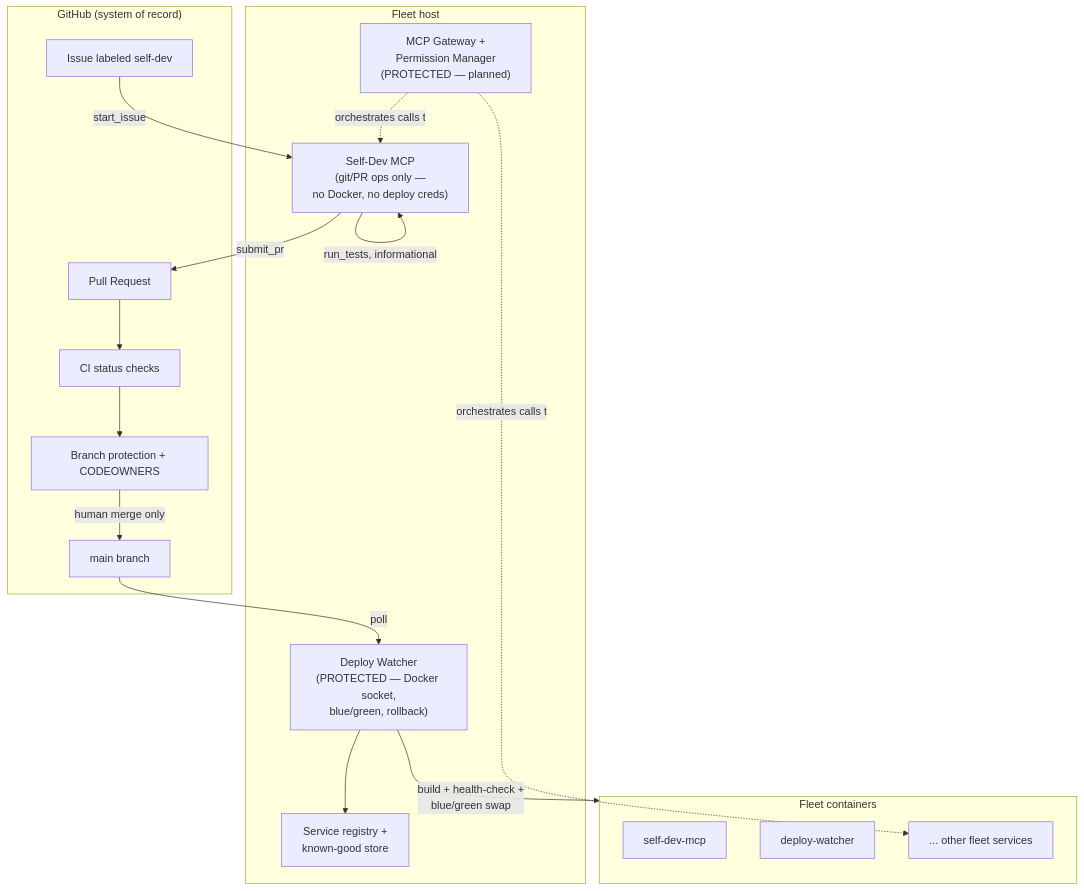
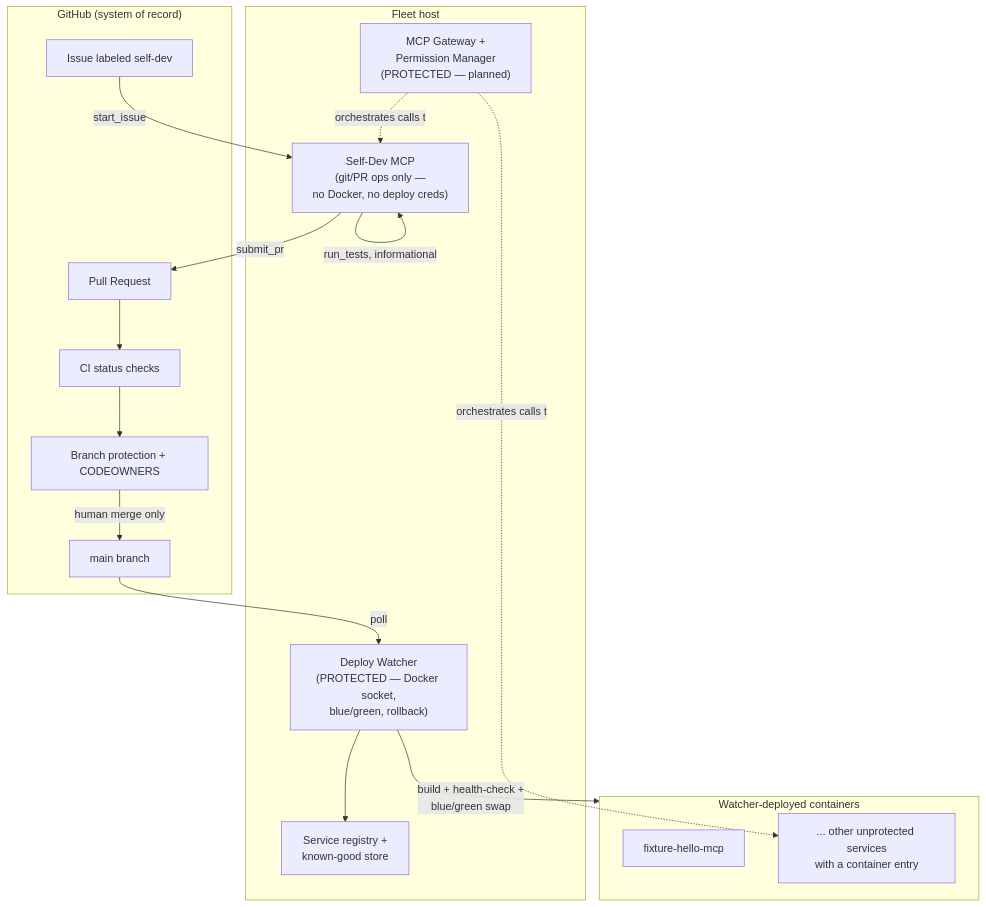
One commit to OmPrakashSingh1704/fleet-mcp changed the diagram in README.md. Above: the diagram before and after it, drawn with Mermaid. The commit also changed other lines of this file and 5 other files, not shown here.

````diff
--- a/README.md
+++ b/README.md
@@ -106,36 +127,35 @@
 ```mermaid
 flowchart TD
     subgraph gh["GitHub (system of record)"]
         issue["Issue labeled self-dev"]
         pr["Pull Request"]
         ci["CI status checks"]
         branchprot["Branch protection + CODEOWNERS"]
         main["main branch"]
     end
 
     subgraph host["Fleet host"]
         selfdev["Self-Dev MCP<br/>(git/PR ops only —<br/>no Docker, no deploy creds)"]
         watcher["Deploy Watcher<br/>(PROTECTED — Docker socket,<br/>blue/green, rollback)"]
         gateway["MCP Gateway +<br/>Permission Manager<br/>(PROTECTED — planned)"]
         registry["Service registry +<br/>known-good store"]
     end
 
-    subgraph fleet["Fleet containers"]
-        svc1["self-dev-mcp"]
-        svc2["deploy-watcher"]
-        svcN["... other fleet services"]
+    subgraph fleet["Watcher-deployed containers"]
+        svc1["fixture-hello-mcp"]
+        svcN["... other unprotected services<br/>with a container entry"]
     end
 
     issue -->|start_issue| selfdev
     selfdev -->|read_file / write_file<br/>manifest-checked| selfdev
     selfdev -->|run_tests, informational| selfdev
     selfdev -->|submit_pr| pr
     pr --> ci
     ci --> branchprot
     branchprot -->|human merge only| main
     main -->|poll| watcher
     watcher -->|build + health-check +<br/>blue/green swap| fleet
     watcher --> registry
     gateway -.orchestrates calls to.-> selfdev
     gateway -.orchestrates calls to.-> svcN
 ```
````
